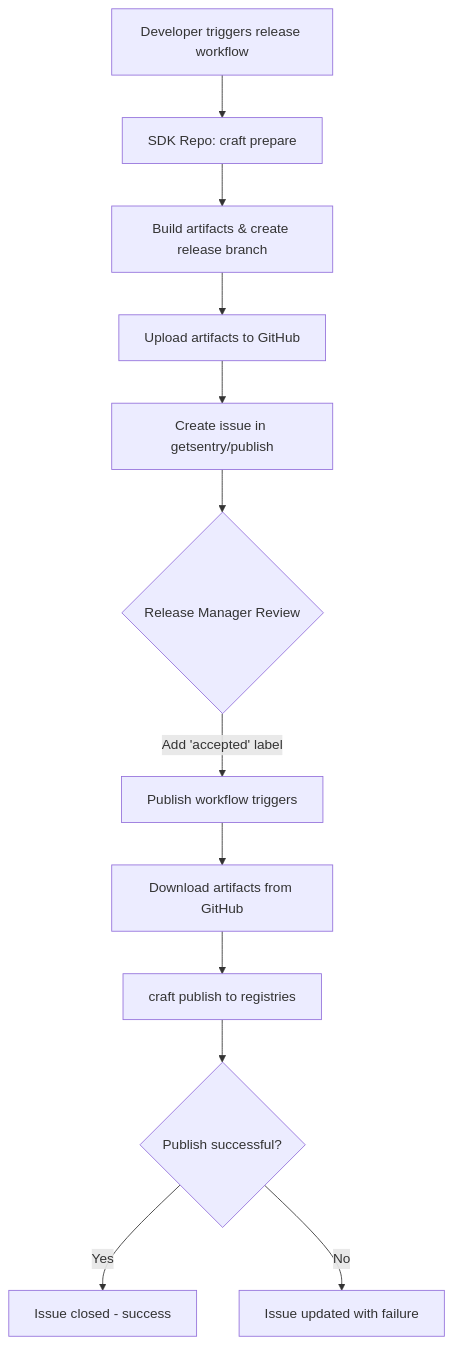
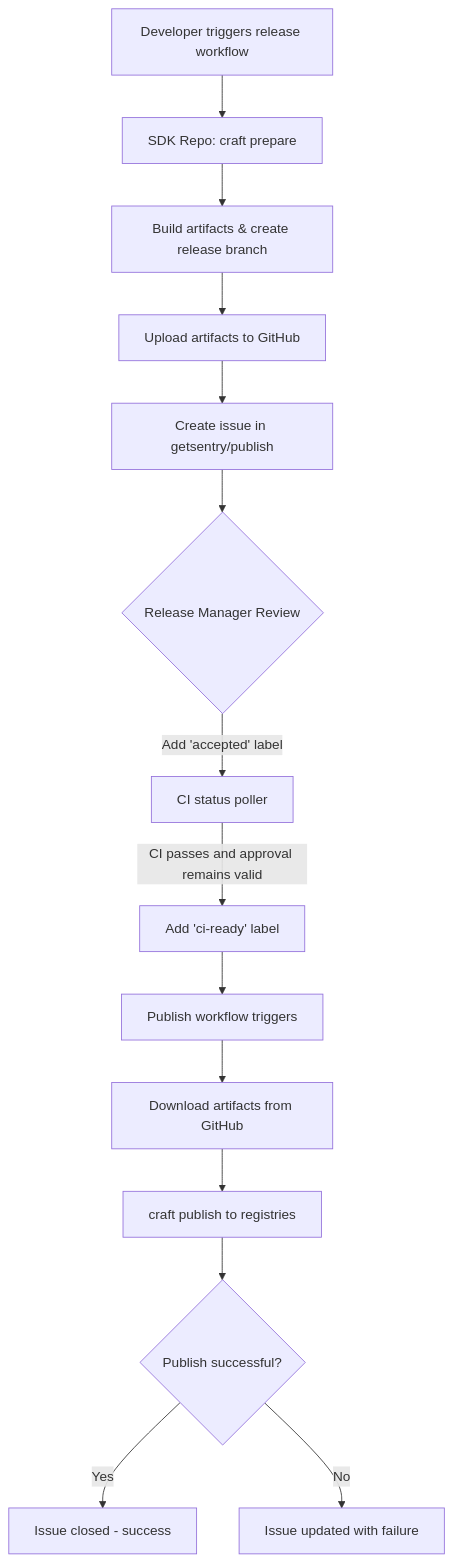
The diagram in README.md (getsentry/publish), drawn with Mermaid before and after one commit. The commit also changed other lines of this file and 62 other files, not shown here.

Commit message:
fix: harden publish approval flow

````diff
--- a/README.md
+++ b/README.md
@@ -11,14 +11,16 @@
 ```mermaid
 flowchart TD
     A[Developer triggers release workflow] --> B["SDK Repo: craft prepare"]
     B --> C[Build artifacts & create release branch]
     C --> D[Upload artifacts to GitHub]
     D --> E["Create issue in getsentry/publish"]
     E --> F{Release Manager Review}
-    F -->|"Add 'accepted' label"| G[Publish workflow triggers]
-    G --> I[Download artifacts from GitHub]
-    I --> J["craft publish to registries"]
-    J --> K{Publish successful?}
-    K -->|Yes| L[Issue closed - success]
-    K -->|No| M[Issue updated with failure]
+    F -->|"Add 'accepted' label"| G[CI status poller]
+    G -->|"CI passes and approval remains valid"| H["Add 'ci-ready' label"]
+    H --> I[Publish workflow triggers]
+    I --> J[Download artifacts from GitHub]
+    J --> K["craft publish to registries"]
+    K --> L{Publish successful?}
+    L -->|Yes| M[Issue closed - success]
+    L -->|No| N[Issue updated with failure]
 ```
````
